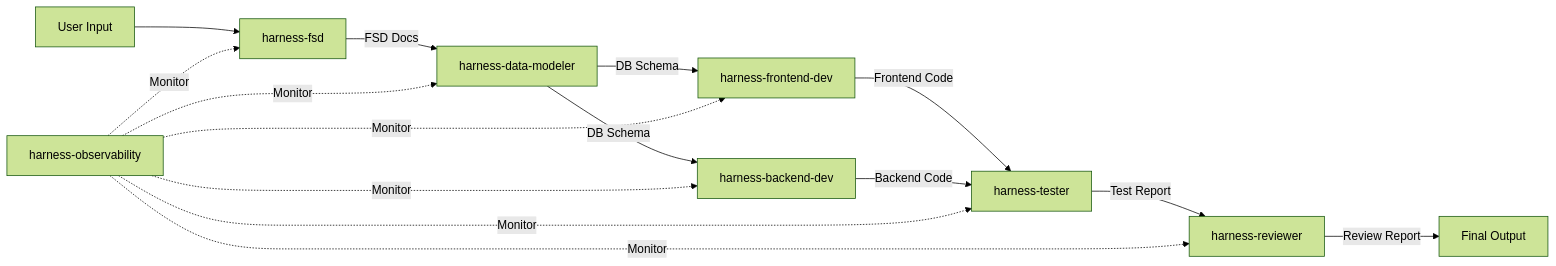
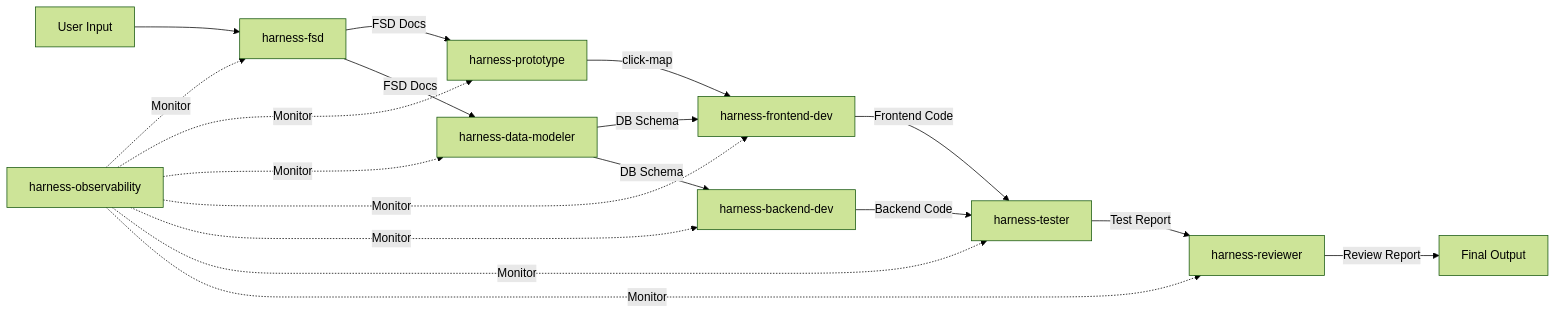
The second of 2 diagrams in skills/harness-observability/templates/dashboard.md (keeplearncpy/AI-Harness-Engineering), drawn with Mermaid (forest theme) before and after one commit. The commit also changed other lines of this file and 11 other files, not shown here.

````diff
--- a/skills/harness-observability/templates/dashboard.md
+++ b/skills/harness-observability/templates/dashboard.md
@@ -41,17 +55,20 @@
 ```mermaid
 graph LR
     User[User Input] --> FSD[harness-fsd]
+    FSD -->|FSD Docs| PROTO[harness-prototype]
     FSD -->|FSD Docs| DM[harness-data-modeler]
     DM -->|DB Schema| FE[harness-frontend-dev]
     DM -->|DB Schema| BE[harness-backend-dev]
+    PROTO -->|click-map| FE
     FE -->|Frontend Code| TEST[harness-tester]
     BE -->|Backend Code| TEST
     TEST -->|Test Report| REV[harness-reviewer]
     REV -->|Review Report| OUT[Final Output]
     OBS[harness-observability] -.->|Monitor| FSD
+    OBS -.->|Monitor| PROTO
     OBS -.->|Monitor| DM
     OBS -.->|Monitor| FE
     OBS -.->|Monitor| BE
     OBS -.->|Monitor| TEST
     OBS -.->|Monitor| REV
 ```
````
